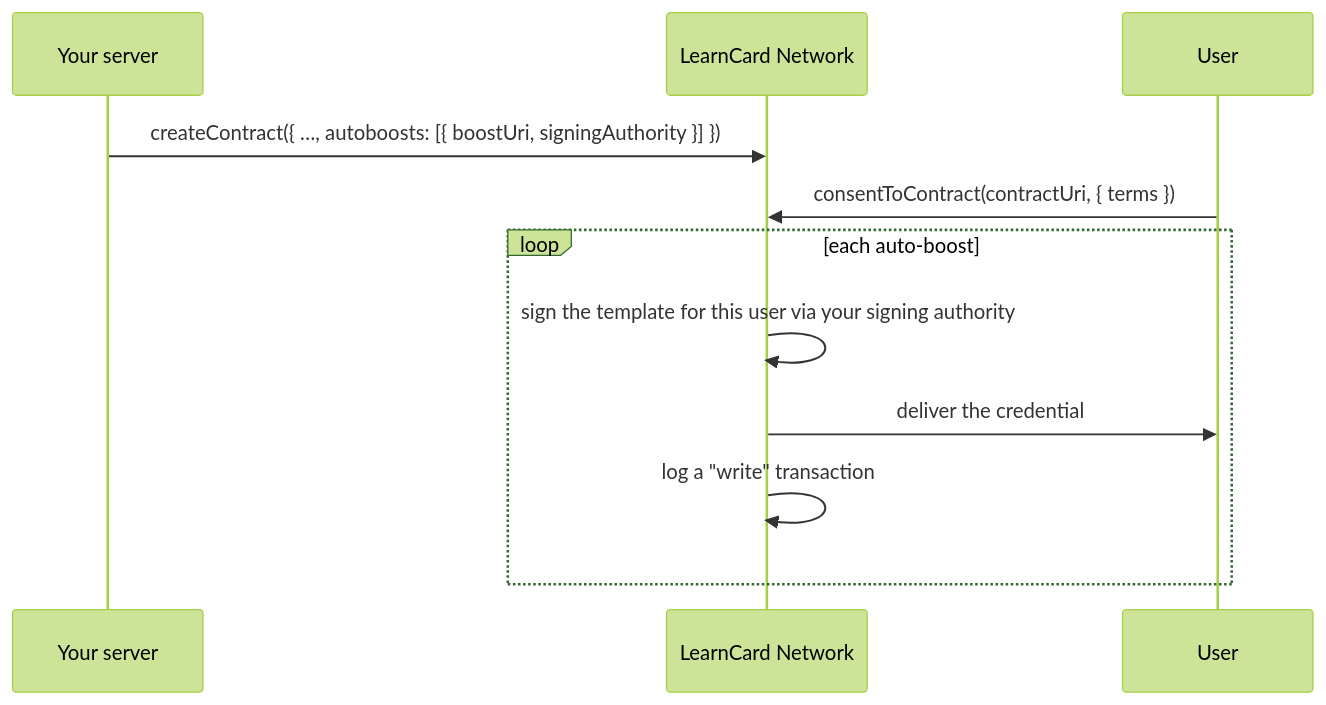
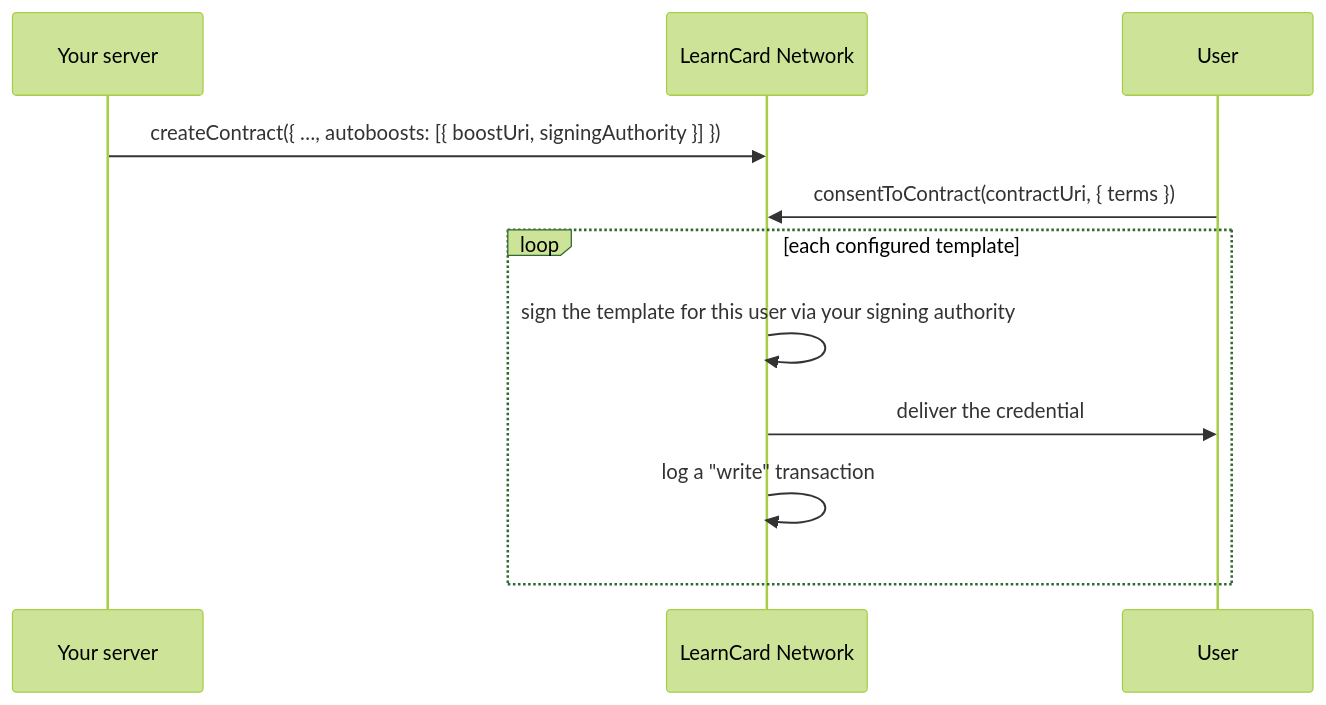
The diagram in docs/core-concepts/consent-and-permissions/auto-boosts.md (learningeconomy/LearnCard), drawn with Mermaid (forest theme) before and after one commit. The commit also changed other lines of this file and 3 other files, not shown here.

````diff
--- a/docs/core-concepts/consent-and-permissions/auto-boosts.md
+++ b/docs/core-concepts/consent-and-permissions/auto-boosts.md
@@ -7,13 +11,13 @@
 ```mermaid
 sequenceDiagram
     participant You as Your server
     participant Net as LearnCard Network
     participant User
     You->>Net: createContract({ …, autoboosts: [{ boostUri, signingAuthority }] })
     User->>Net: consentToContract(contractUri, { terms })
-    loop each auto-boost
+    loop each configured template
         Net->>Net: sign the template for this user via your signing authority
         Net->>User: deliver the credential
         Net->>Net: log a "write" transaction
     end
 ```
````
